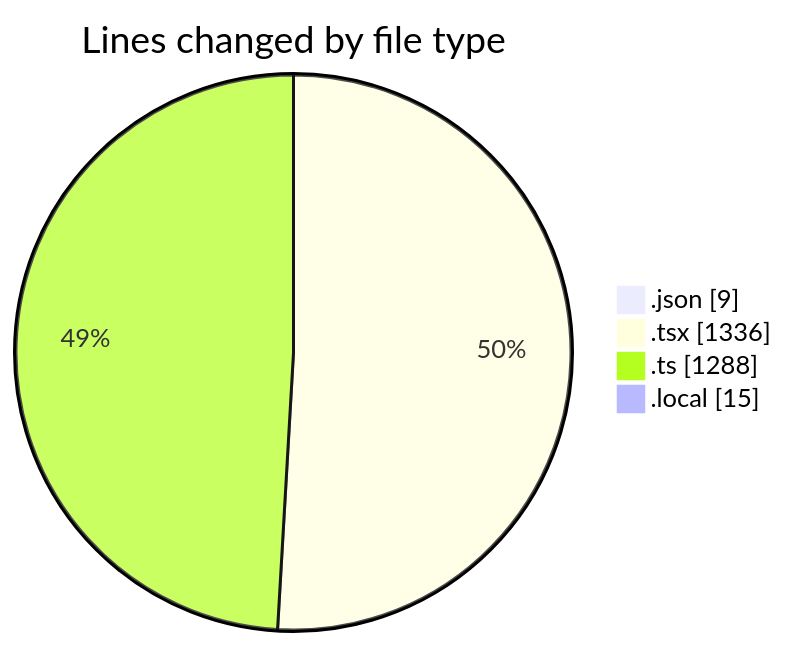
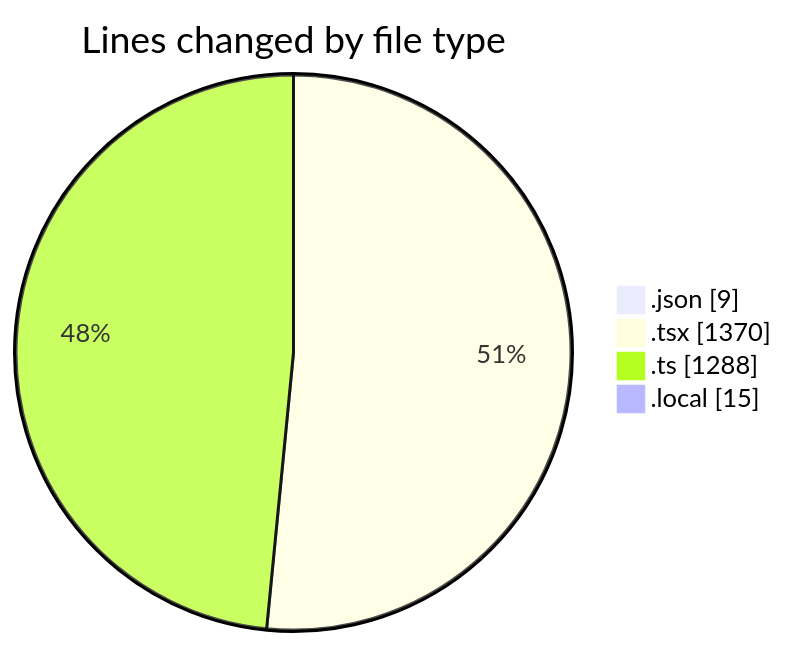
The first of 2 diagrams in 2025-10-27/eventscop-frontend-guide__workspace_/README.md (julien-gomy/code-tracking), drawn with Mermaid before and after one commit. The commit also changed other lines of this file and 1 other file, not shown here.

````diff
--- a/2025-10-27/eventscop-frontend-guide__workspace_/README.md
+++ b/2025-10-27/eventscop-frontend-guide__workspace_/README.md
@@ -32,8 +32,8 @@
 ```mermaid
 pie showData
 title Lines changed by file type
 ".json" : 9
-".tsx" : 1336
+".tsx" : 1370
 ".ts" : 1288
 ".local" : 15
 ```
````
